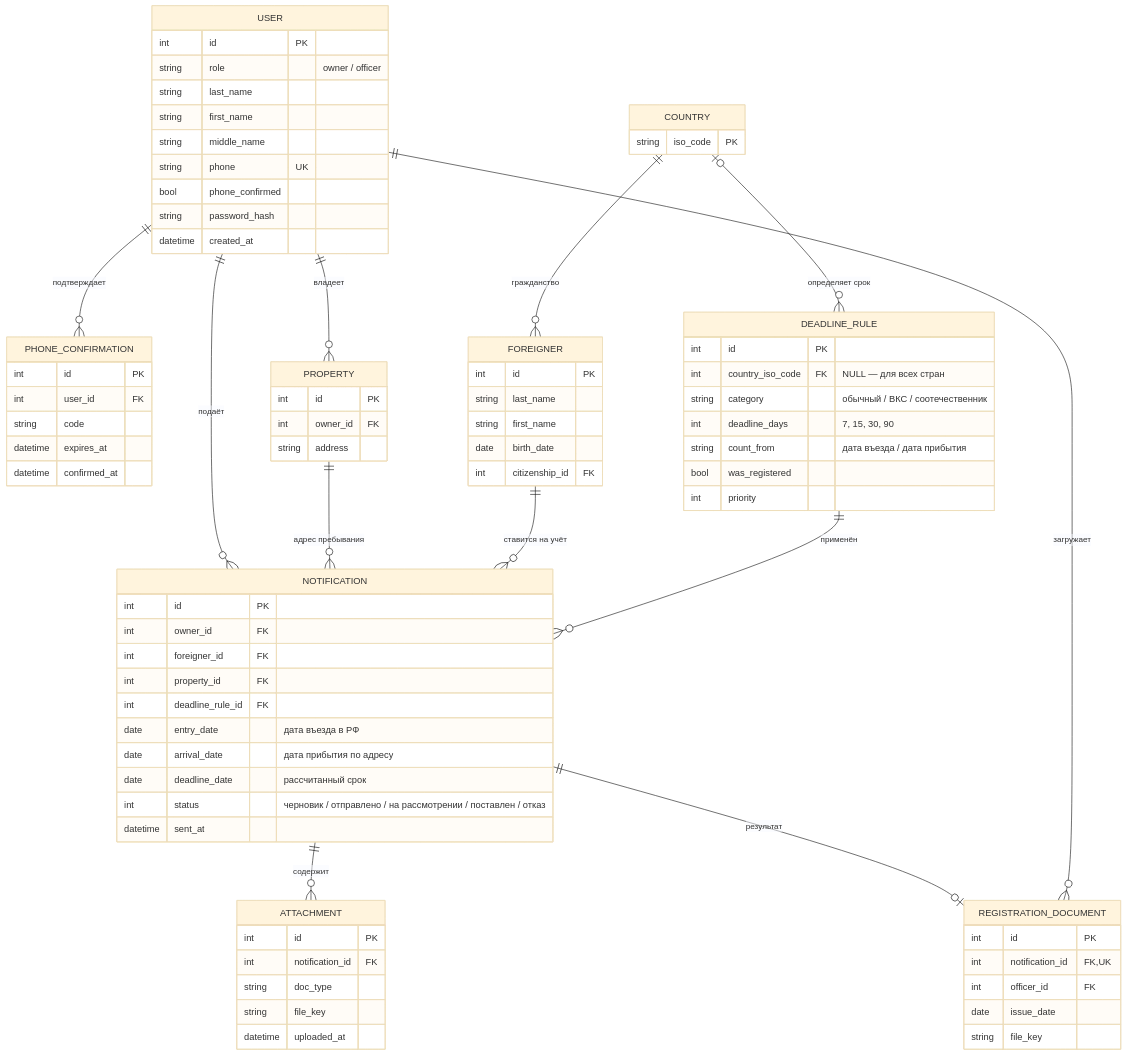
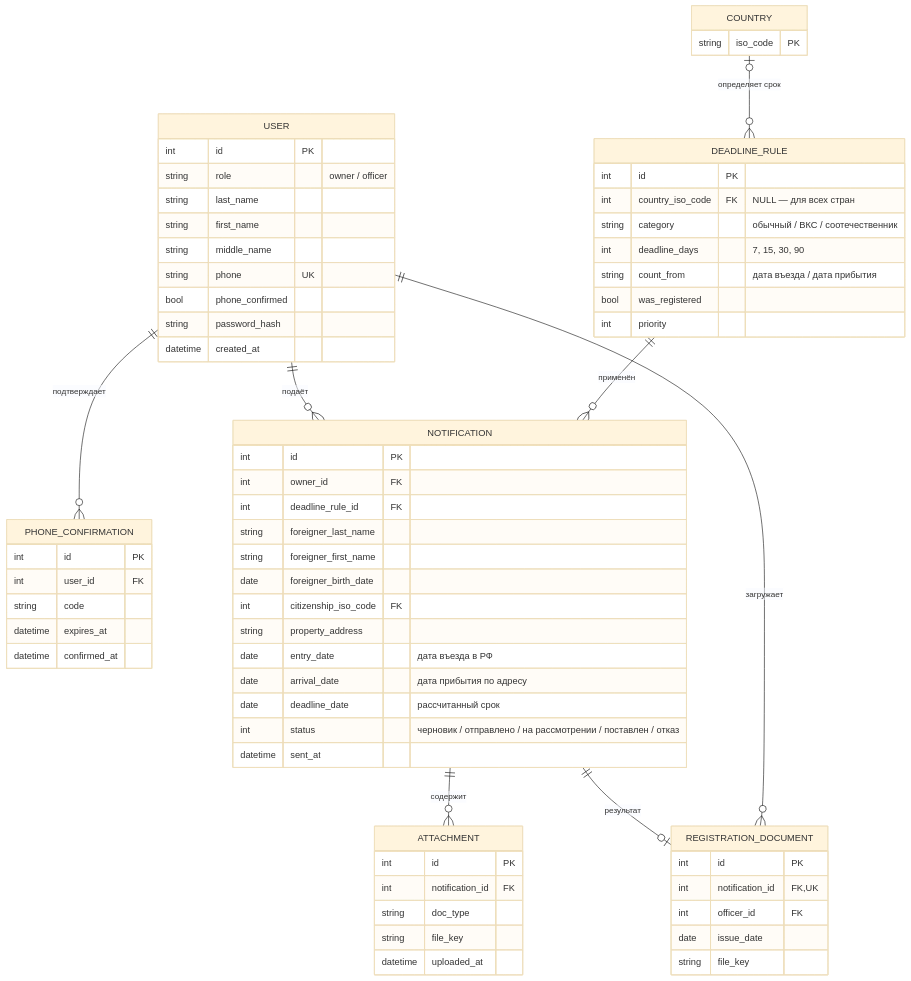
Before and after one commit to Alex-Faradzhullaeva/deportator: the diagram in er.md, drawn with Mermaid (base theme).

Commit message:
Simplify ER diagram

```diff
--- a/er.md
+++ b/er.md
@@ -20,12 +20,6 @@
         datetime confirmed_at
     }
 
-    PROPERTY {
-        int id PK
-        int owner_id FK
-        string address
-    }
-
     COUNTRY {
         string iso_code PK
     }
@@ -40,20 +34,15 @@
         int priority
     }
 
-    FOREIGNER {
-        int id PK
-        string last_name
-        string first_name
-        date birth_date
-        int citizenship_id FK
-    }
-
     NOTIFICATION {
         int id PK
         int owner_id FK
-        int foreigner_id FK
-        int property_id FK
         int deadline_rule_id FK
+        string foreigner_last_name
+        string foreigner_first_name
+        date foreigner_birth_date
+        int citizenship_iso_code FK
+        string property_address
         date entry_date "дата въезда в РФ"
         date arrival_date "дата прибытия по адресу"
         date deadline_date "рассчитанный срок"
@@ -78,11 +67,7 @@
     }
 
     USER ||--o{ PHONE_CONFIRMATION : "подтверждает"
-    USER ||--o{ PROPERTY : "владеет"
     USER ||--o{ NOTIFICATION : "подаёт"
-    PROPERTY ||--o{ NOTIFICATION : "адрес пребывания"
-    FOREIGNER ||--o{ NOTIFICATION : "ставится на учёт"
-    COUNTRY ||--o{ FOREIGNER : "гражданство"
     COUNTRY |o--o{ DEADLINE_RULE : "определяет срок"
     DEADLINE_RULE ||--o{ NOTIFICATION : "применён"
     NOTIFICATION ||--o{ ATTACHMENT : "содержит"
```
